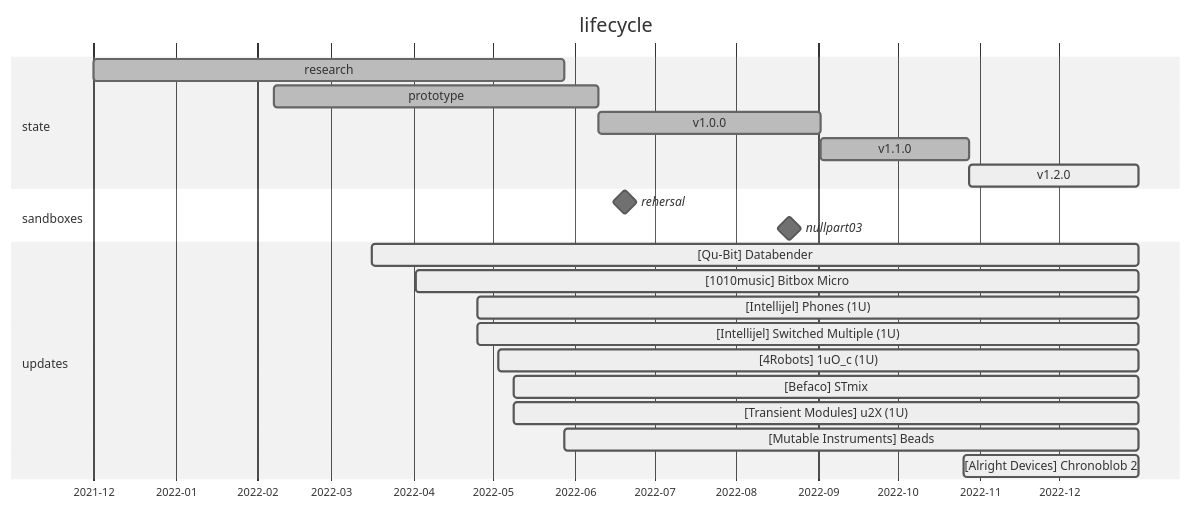
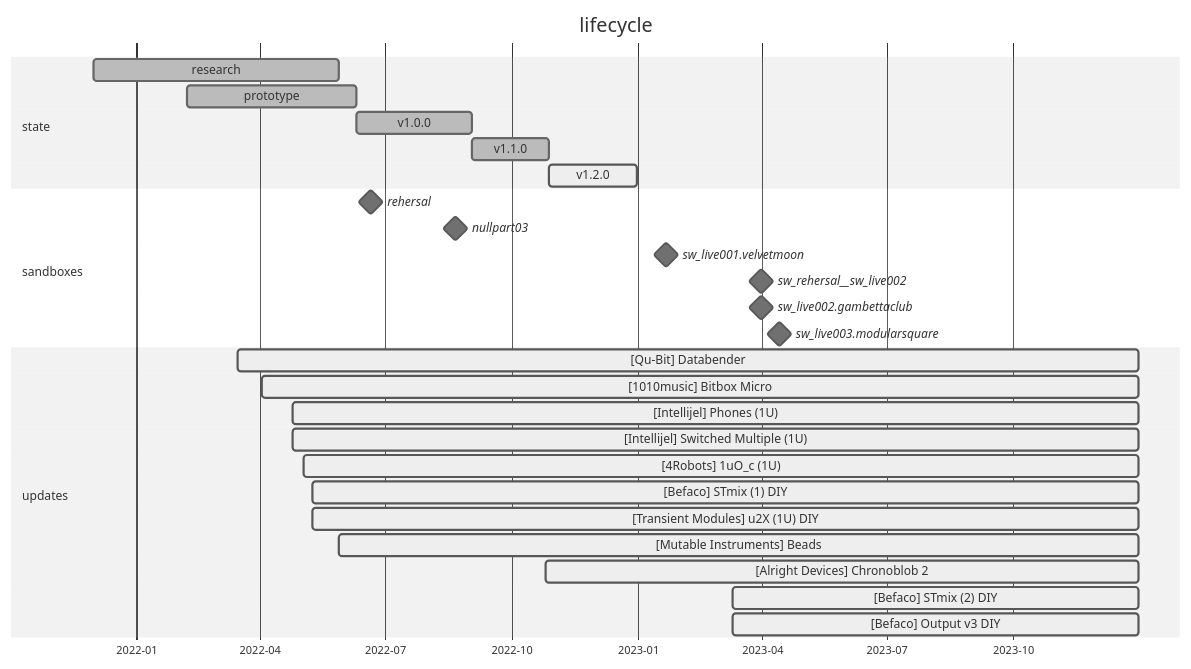
One commit to bill-of-materials/data changed the diagram in ARTIFACTS/RTF-0004.yellowcase.md. Above: the diagram before and after it, drawn with Mermaid (neutral theme). The commit also changed 1 other file, not shown here.

Commit message:
feat(RTF-0002): update case status

````diff
--- a/ARTIFACTS/RTF-0004.yellowcase.md
+++ b/ARTIFACTS/RTF-0004.yellowcase.md
@@ -3,30 +3,36 @@
 ``` mermaid
 gantt
   todayMarker off
 
   title         lifecycle
   dateFormat    YYYY-MM-DD
   axisFormat    %Y-%m
 
   section state
   research   :done,      2021-12-01, 2022-05-28
   prototype  :done,      2022-02-07, 2022-06-10
   v1.0.0     :done,      2022-06-10, 2022-09-02
   v1.1.0     :done,      2022-09-02, 2022-10-28
   v1.2.0     :active,    2022-10-28, 2022-12-31
 
   section sandboxes
-  rehersal            :milestone, 2022-06-20, 0d
-  nullpart03          :milestone, 2022-08-14, 2022-08-28
+  rehersal                     :milestone, 2022-06-20, 1d
+  nullpart03                   :milestone, 2022-08-14, 2022-08-28
+  sw_live001.velvetmoon        :milestone, 2023-01-21, 1d
+  sw_rehersal__sw_live002      :milestone, 2023-03-31, 1d
+  sw_live002.gambettaclub      :milestone, 2023-03-31, 1d
+  sw_live003.modularsquare     :milestone, 2023-04-13, 1d
 
   section updates
-  [Qu-Bit] Databender                           :active,    2022-03-16, 2022-12-31
-  [1010music] Bitbox Micro                      :active,    2022-04-02, 2022-12-31
-  [Intellijel] Phones (1U)                      :active,    2022-04-25, 2022-12-31
-  [Intellijel] Switched Multiple (1U)           :active,    2022-04-25, 2022-12-31
-  [4Robots] 1uO_c (1U)                          :active,    2022-05-03, 2022-12-31
-  [Befaco] STmix                                :active,    2022-05-09, 2022-12-31
-  [Transient Modules] u2X (1U)                  :active,    2022-05-09, 2022-12-31
-  [Mutable Instruments] Beads                   :active,    2022-05-28, 2022-12-31
-  [Alright Devices] Chronoblob 2                :active,    2022-10-26, 2022-12-31
+  [Qu-Bit] Databender                           :active,    2022-03-16, 2023-12-31
+  [1010music] Bitbox Micro                      :active,    2022-04-02, 2023-12-31
+  [Intellijel] Phones (1U)                      :active,    2022-04-25, 2023-12-31
+  [Intellijel] Switched Multiple (1U)           :active,    2022-04-25, 2023-12-31
+  [4Robots] 1uO_c (1U)                          :active,    2022-05-03, 2023-12-31
+  [Befaco] STmix (1) DIY                        :active,    2022-05-09, 2023-12-31
+  [Transient Modules] u2X (1U) DIY              :active,    2022-05-09, 2023-12-31
+  [Mutable Instruments] Beads                   :active,    2022-05-28, 2023-12-31
+  [Alright Devices] Chronoblob 2                :active,    2022-10-26, 2023-12-31
+  [Befaco] STmix (2) DIY                        :active,    2023-03-11, 2023-12-31
+  [Befaco] Output v3 DIY                        :active,    2023-03-11, 2023-12-31
 ```
````
